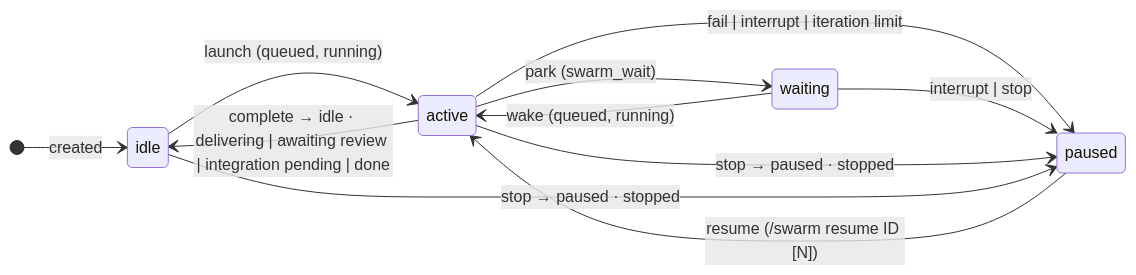
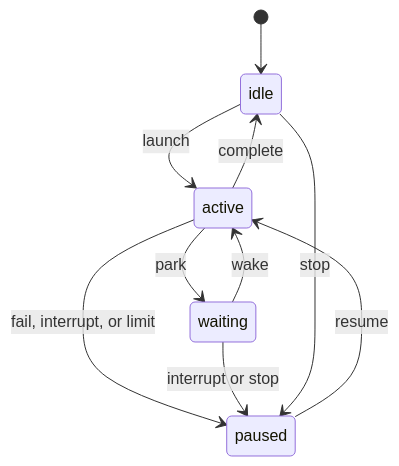
Before and after one commit to alexschlessinger/polly: the diagram in API.md, drawn with Mermaid. The commit also changed other lines of this file and 9 other files, not shown here.

````diff
--- a/API.md
+++ b/API.md
@@ -585,14 +709,12 @@
 ```mermaid
 stateDiagram-v2
-    direction LR
-    [*] --> idle: created
-    idle --> active: launch (queued, running)
-    active --> waiting: park (swarm_wait)
-    waiting --> active: wake (queued, running)
-    active --> idle: complete → idle · delivering | awaiting review | integration pending | done
-    active --> paused: fail | interrupt | iteration limit
-    waiting --> paused: interrupt | stop
-    paused --> active: resume (/swarm resume ID [N])
-    active --> paused: stop → paused · stopped
-    idle --> paused: stop → paused · stopped
+    [*] --> idle
+    idle --> active: launch
+    active --> waiting: park
+    waiting --> active: wake
+    active --> idle: complete
+    active --> paused: fail, interrupt, or limit
+    waiting --> paused: interrupt or stop
+    idle --> paused: stop
+    paused --> active: resume
 ```
````
